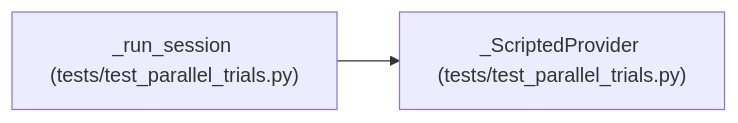
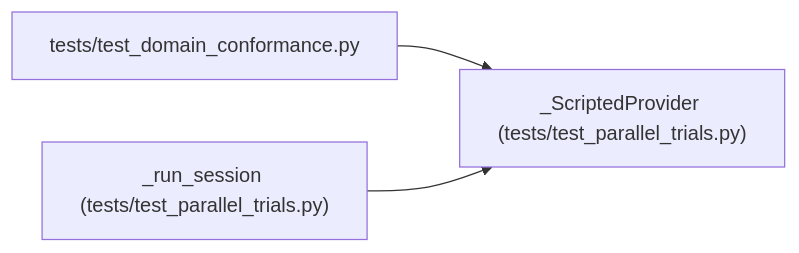
The diagram in docs/llm_wiki/entities/test_parallel_trials_ScriptedProvider.md (Denissvgn/autoresearch-agent), drawn with Mermaid before and after one commit. The commit also changed other lines of this file and 1033 other files, not shown here.

````diff
--- a/docs/llm_wiki/entities/test_parallel_trials_ScriptedProvider.md
+++ b/docs/llm_wiki/entities/test_parallel_trials_ScriptedProvider.md
@@ -30,8 +30,11 @@
 ```mermaid
 flowchart LR
     n0["_ScriptedProvider (tests/test_parallel_trials.py)"]
-    n1["_run_session (tests/test_parallel_trials.py)"]
+    n1["tests/test_domain_conformance.py"]
+    n2["_run_session (tests/test_parallel_trials.py)"]
     n1 --> n0
+    n2 --> n0
     click n0 "../modules/test_parallel_trials.md"
-    click n1 "../modules/test_parallel_trials.md"
+    click n1 "../modules/test_domain_conformance.md"
+    click n2 "../modules/test_parallel_trials.md"
 ```
````
